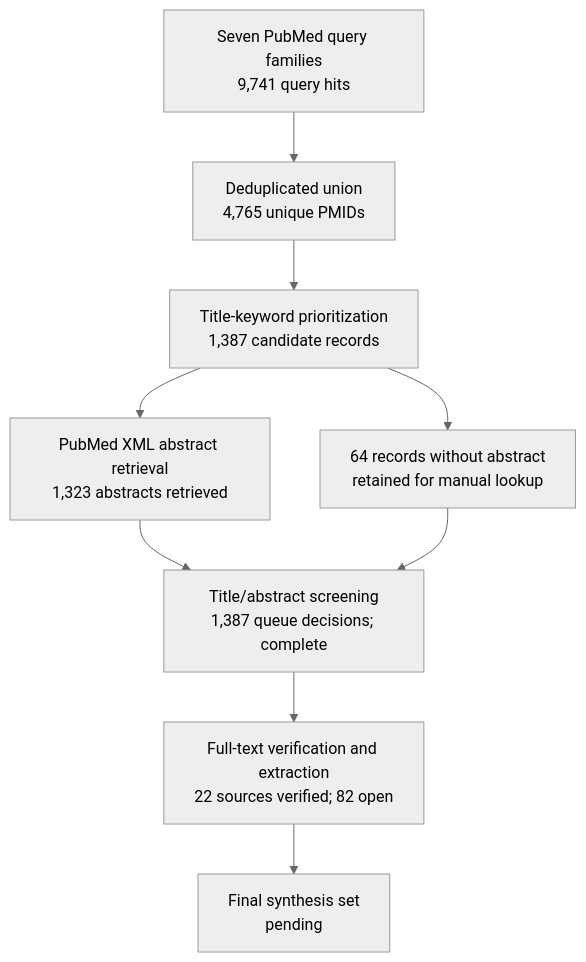
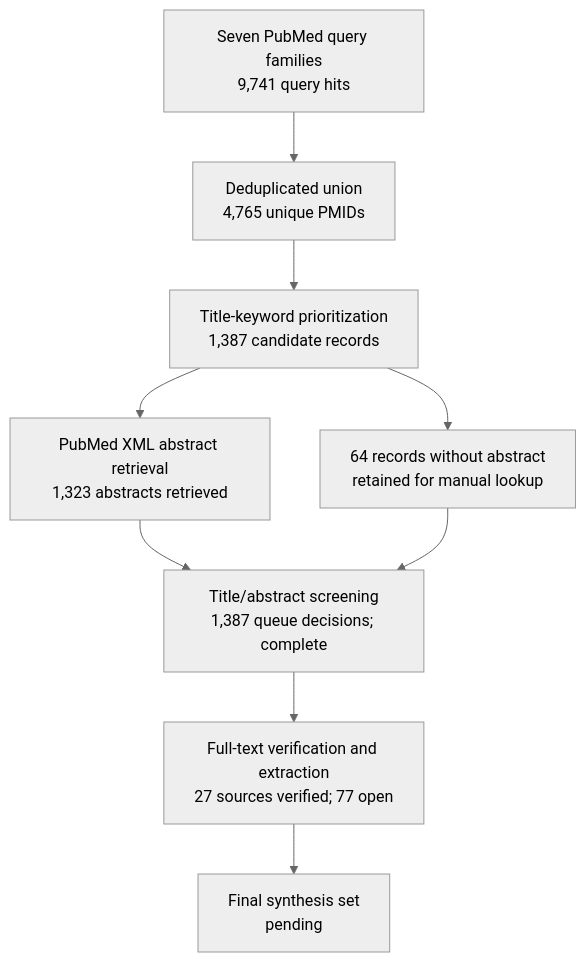
Before and after one commit to dcmcshan/artemisia: the diagram in manuscript/review-flow.md, drawn with Mermaid (neutral theme). The commit also changed other lines of this file and 12 other files, not shown here.

````diff
--- a/manuscript/review-flow.md
+++ b/manuscript/review-flow.md
@@ -5,11 +5,11 @@
 ```mermaid
 flowchart TB
   Q[Seven PubMed query families<br/>9,741 query hits] --> U[Deduplicated union<br/>4,765 unique PMIDs]
   U --> T[Title-keyword prioritization<br/>1,387 candidate records]
   T --> A[PubMed XML abstract retrieval<br/>1,323 abstracts retrieved]
   T --> N[64 records without abstract<br/>retained for manual lookup]
   A --> M[Title/abstract screening<br/>1,387 queue decisions; complete]
   N --> M
-  M --> F[Full-text verification and extraction<br/>22 sources verified; 82 open]
+  M --> F[Full-text verification and extraction<br/>27 sources verified; 77 open]
   F --> S[Final synthesis set<br/>pending]
 ```
````
